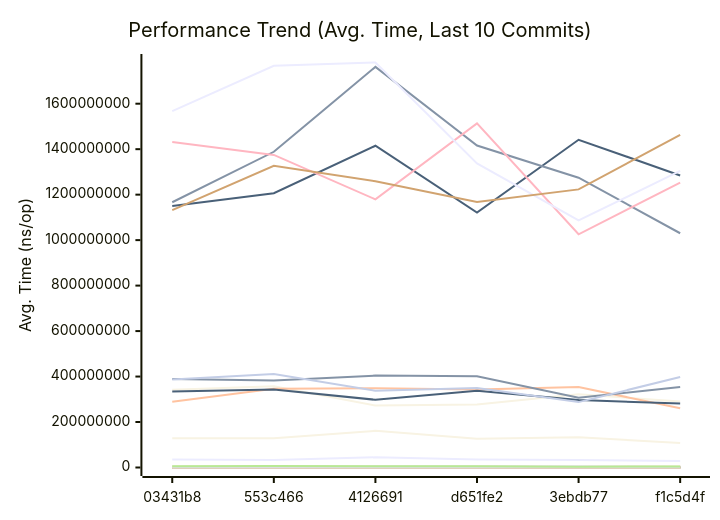
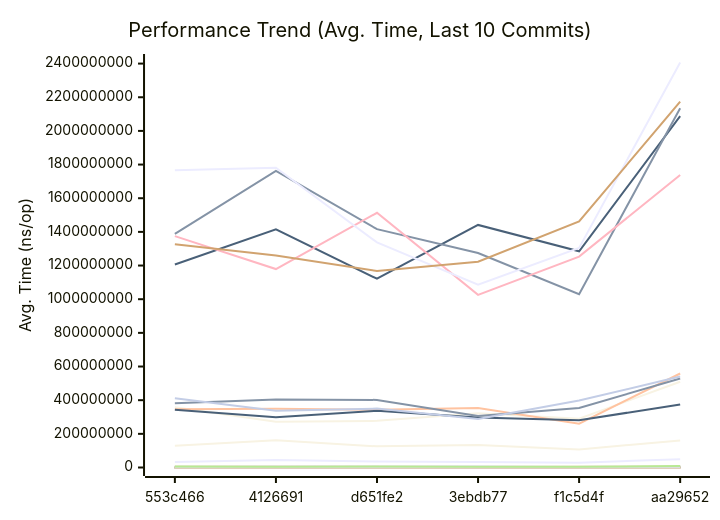
Before and after one commit to alsotoes/momo: the first of 3 diagrams in docs/PERFORMANCE.md, drawn with Mermaid. The commit also changed other lines of this file and 2 other files, not shown here.

Commit message:
ci: fix Cloudflare Pages deploy workflow with proper secret check

````diff
--- a/docs/PERFORMANCE.md
+++ b/docs/PERFORMANCE.md
@@ -260,44 +260,44 @@
 ```mermaid
 xychart-beta
     title "Performance Trend (Avg. Time, Last 10 Commits)"
     x-axis "Commit"
     y-axis "Avg. Time (ns/op)"
-    x-axis [03431b8,553c466,4126691,d651fe2,3ebdb77,f1c5d4f]
-    line "AWSChunkedReaderSigned" [522839,619200,756300,663569,620161,606537,1043223,973548,1455699,680259]
-    line "AWSChunkedReaderUnsigned" [604498,664009,703433,611889,631352,615450,1351997,1054695,1128789,889133]
-    line "CheckMetricsAndSwap" [10,10,12,13,11,9,18,19,38,17]
-    line "CrushOptimized" [405,485,513,528,381,489,593,643,1042,685]
-    line "CrushOriginal" [699,646,673,697,599,581,856,1307,2029,855]
-    line "FormatListObjectsV2XML_AppendFormat" [911991,1056478,1286421,1165434,922011,962696,2255056,1630321,4600271,1782191]
-    line "FormatListObjectsV2XML_OldFormat" [554255,545961,720703,674915,518253,488621,1103444,888288,1357791,907084]
-    line "HashBytes/1MiB" [5547571,5240058,5525510,5093044,3747347,5123782,7575501,6664907,7640824,5383828]
-    line "HashBytes/256MiB" [1150583944,1206314796,1415065243,1121544781,1441434671,1284521850,2087994619,1563281181,2308810918,1405443275]
-    line "HashBytes/64MiB" [341933076,357748084,272405322,277104353,321801782,289844742,509860327,389285110,629622654,507641214]
-    line "HashFile/1MiB" [5183292,5520031,4909353,4510294,6901410,4299477,8227082,7078150,8690518,5618671]
-    line "HashFile/256MiB" [1166573869,1388569817,1761951053,1416186973,1274613971,1030231274,2135226775,1716532942,2281655194,1518211227]
-    line "HashFile/64MiB" [289173153,345945889,348425613,343417056,354037155,260223898,558613671,471436906,655531538,397822488]
-    line "IndexDirectTracking" [1,1,1,1,1,0,1,1,1,1]
-    line "IndexSearch" [3,4,4,4,4,4,5,4,5,5]
-    line "LastModifiedHeader_AppendFormat" [345,364,441,320,312,319,610,638,744,453]
-    line "LastModifiedHeader_Format" [394,431,520,582,394,406,812,695,1046,635]
-    line "LoadGlobalConfig" [15095,13488,14097,14525,12164,12907,20187,22438,33068,21404]
-    line "LocalWrite/1MiB" [525512,577002,644852,573249,584326,612314,1771010,1395534,1103659,782921]
-    line "LocalWrite/256MiB" [128601282,128702495,161190175,125958619,133440934,107404943,160392504,197917420,272351029,175219427]
-    line "LocalWrite/64MiB" [35542782,33119476,44891953,35402077,33399170,28308935,49166059,52341255,56218123,42014368]
-    line "PadString" [64,70,76,63,80,61,211,165,205,86]
+    x-axis [553c466,4126691,d651fe2,3ebdb77,f1c5d4f,aa29652]
+    line "AWSChunkedReaderSigned" [619200,756300,663569,620161,606537,1043223,973548,1455699,680259,833482]
+    line "AWSChunkedReaderUnsigned" [664009,703433,611889,631352,615450,1351997,1054695,1128789,889133,730853]
+    line "CheckMetricsAndSwap" [10,12,13,11,9,18,19,38,17,10]
+    line "CrushOptimized" [485,513,528,381,489,593,643,1042,685,798]
+    line "CrushOriginal" [646,673,697,599,581,856,1307,2029,855,1268]
+    line "FormatListObjectsV2XML_AppendFormat" [1056478,1286421,1165434,922011,962696,2255056,1630321,4600271,1782191,1061116]
+    line "FormatListObjectsV2XML_OldFormat" [545961,720703,674915,518253,488621,1103444,888288,1357791,907084,473930]
+    line "HashBytes/1MiB" [5240058,5525510,5093044,3747347,5123782,7575501,6664907,7640824,5383828,7555000]
+    line "HashBytes/256MiB" [1206314796,1415065243,1121544781,1441434671,1284521850,2087994619,1563281181,2308810918,1405443275,1788061102]
+    line "HashBytes/64MiB" [357748084,272405322,277104353,321801782,289844742,509860327,389285110,629622654,507641214,422715939]
+    line "HashFile/1MiB" [5520031,4909353,4510294,6901410,4299477,8227082,7078150,8690518,5618671,6533318]
+    line "HashFile/256MiB" [1388569817,1761951053,1416186973,1274613971,1030231274,2135226775,1716532942,2281655194,1518211227,1560936348]
+    line "HashFile/64MiB" [345945889,348425613,343417056,354037155,260223898,558613671,471436906,655531538,397822488,323633746]
+    line "IndexDirectTracking" [1,1,1,1,0,1,1,1,1,1]
+    line "IndexSearch" [4,4,4,4,4,5,4,5,5,4]
+    line "LastModifiedHeader_AppendFormat" [364,441,320,312,319,610,638,744,453,385]
+    line "LastModifiedHeader_Format" [431,520,582,394,406,812,695,1046,635,526]
+    line "LoadGlobalConfig" [13488,14097,14525,12164,12907,20187,22438,33068,21404,21459]
+    line "LocalWrite/1MiB" [577002,644852,573249,584326,612314,1771010,1395534,1103659,782921,673496]
+    line "LocalWrite/256MiB" [128702495,161190175,125958619,133440934,107404943,160392504,197917420,272351029,175219427,179514948]
+    line "LocalWrite/64MiB" [33119476,44891953,35402077,33399170,28308935,49166059,52341255,56218123,42014368,37648886]
+    line "PadString" [70,76,63,80,61,211,165,205,86,67]
     line "ParseReplicationOrder_NoPrealloc" [350,349,357,354,345,225,229,165,232,234]
     line "ParseReplicationOrder_Prealloc" [229,231,237,234,229,108,107,80,110,109]
-    line "Placement" [7453,7406,7040,7327,6313,6933,8102,10527,25580,11321]
-    line "PlacementDomainSpread" [7811,7868,7303,7101,6619,8426,8684,11049,18437,11792]
-    line "ReadVerify/1MiB" [4723356,4600918,6614208,4999715,4807436,3448579,5630820,6689386,12183182,5670392]
-    line "ReadVerify/256MiB" [1431247520,1374887457,1179131329,1513480600,1025626350,1253185341,1738129398,1830120119,2276631953,1517577657]
-    line "ReadVerify/64MiB" [334268234,343492740,297878657,337113294,296627981,281005831,374198113,432795151,533889680,383828668]
-    line "S3PutSpool/1MiB" [6179992,6697030,5335678,5117449,4156487,6430516,9117398,9491833,12330195,7822144]
-    line "S3PutSpool/256MiB" [1567298391,1766547568,1781197744,1337418784,1086529024,1304364707,2406472426,2428268969,2647654672,1803968295]
-    line "S3PutSpool/64MiB" [388891982,382189999,404192768,401720115,306669378,354128133,528507413,651666227,681227498,429216770]
-    line "SanitizeLog/Safe" [283,316,423,332,390,316,623,639,645,428]
-    line "SanitizeLog/Unsafe" [1039,1170,1356,1050,1036,1076,2180,2105,3077,1405]
-    line "TrustedRead/1MiB" [6032847,6124228,5111302,5878450,3751975,4741810,8367879,7463250,9671314,5650216]
-    line "TrustedRead/256MiB" [1131933188,1326976357,1259207320,1168045663,1223117446,1462605918,2173767229,2433008029,3228071339,1677679418]
-    line "TrustedRead/64MiB" [387555406,411444369,337664579,350083685,287609190,397868130,540269082,591536062,961059323,465018339]
+    line "Placement" [7406,7040,7327,6313,6933,8102,10527,25580,11321,10377]
+    line "PlacementDomainSpread" [7868,7303,7101,6619,8426,8684,11049,18437,11792,9468]
+    line "ReadVerify/1MiB" [4600918,6614208,4999715,4807436,3448579,5630820,6689386,12183182,5670392,7713170]
+    line "ReadVerify/256MiB" [1374887457,1179131329,1513480600,1025626350,1253185341,1738129398,1830120119,2276631953,1517577657,1316685724]
+    line "ReadVerify/64MiB" [343492740,297878657,337113294,296627981,281005831,374198113,432795151,533889680,383828668,451931212]
+    line "S3PutSpool/1MiB" [6697030,5335678,5117449,4156487,6430516,9117398,9491833,12330195,7822144,8408058]
+    line "S3PutSpool/256MiB" [1766547568,1781197744,1337418784,1086529024,1304364707,2406472426,2428268969,2647654672,1803968295,2177507350]
+    line "S3PutSpool/64MiB" [382189999,404192768,401720115,306669378,354128133,528507413,651666227,681227498,429216770,399626051]
+    line "SanitizeLog/Safe" [316,423,332,390,316,623,639,645,428,331]
+    line "SanitizeLog/Unsafe" [1170,1356,1050,1036,1076,2180,2105,3077,1405,1260]
+    line "TrustedRead/1MiB" [6124228,5111302,5878450,3751975,4741810,8367879,7463250,9671314,5650216,4830214]
+    line "TrustedRead/256MiB" [1326976357,1259207320,1168045663,1223117446,1462605918,2173767229,2433008029,3228071339,1677679418,2100324369]
+    line "TrustedRead/64MiB" [411444369,337664579,350083685,287609190,397868130,540269082,591536062,961059323,465018339,305338723]
 ```
````
